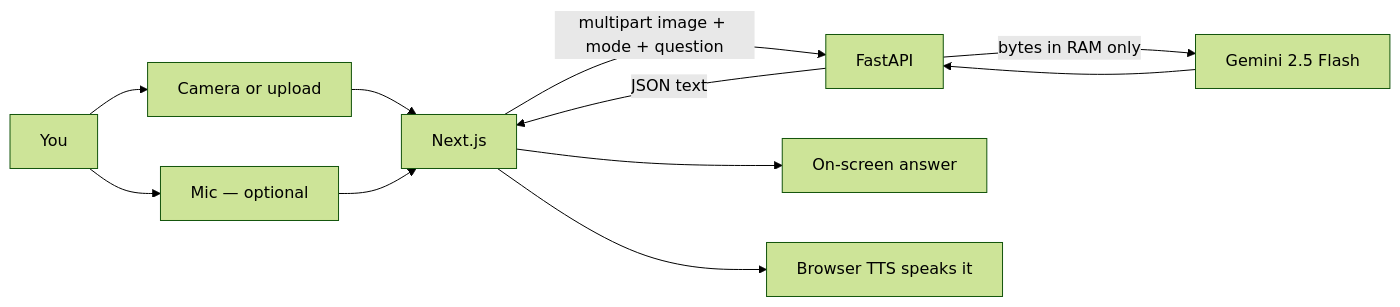
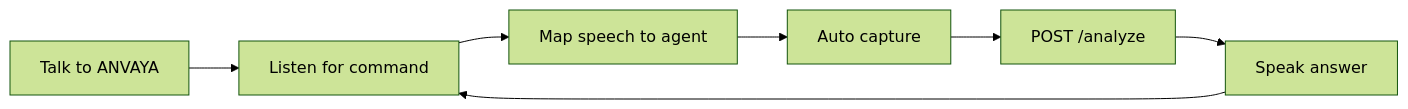
The diagram in README.md (JBahulika/ANVAYA), drawn with Mermaid (forest theme) before and after one commit. The commit also changed other lines of this file and 17 other files, not shown here.

First line of the commit message:
Add voice-first Talk agents with auto-capture for accessibility.

````diff
--- a/README.md
+++ b/README.md
@@ -33,13 +37,9 @@
 ```mermaid
 flowchart LR
-  U[You] --> C[Camera or upload]
-  U --> M[Mic — optional]
-  C --> N[Next.js]
-  M --> N
-  N -->|multipart image + mode + question| F[FastAPI]
-  F -->|bytes in RAM only| G[Gemini 2.5 Flash]
-  G --> F
-  F -->|JSON text| N
-  N --> T[On-screen answer]
-  N --> S[Browser TTS speaks it]
+  tap[Talk to ANVAYA] --> listen[Listen for command]
+  listen --> parse[Map speech to agent]
+  parse --> shoot[Auto capture]
+  shoot --> api[POST /analyze]
+  api --> speak[Speak answer]
+  speak --> listen
 ```
````
